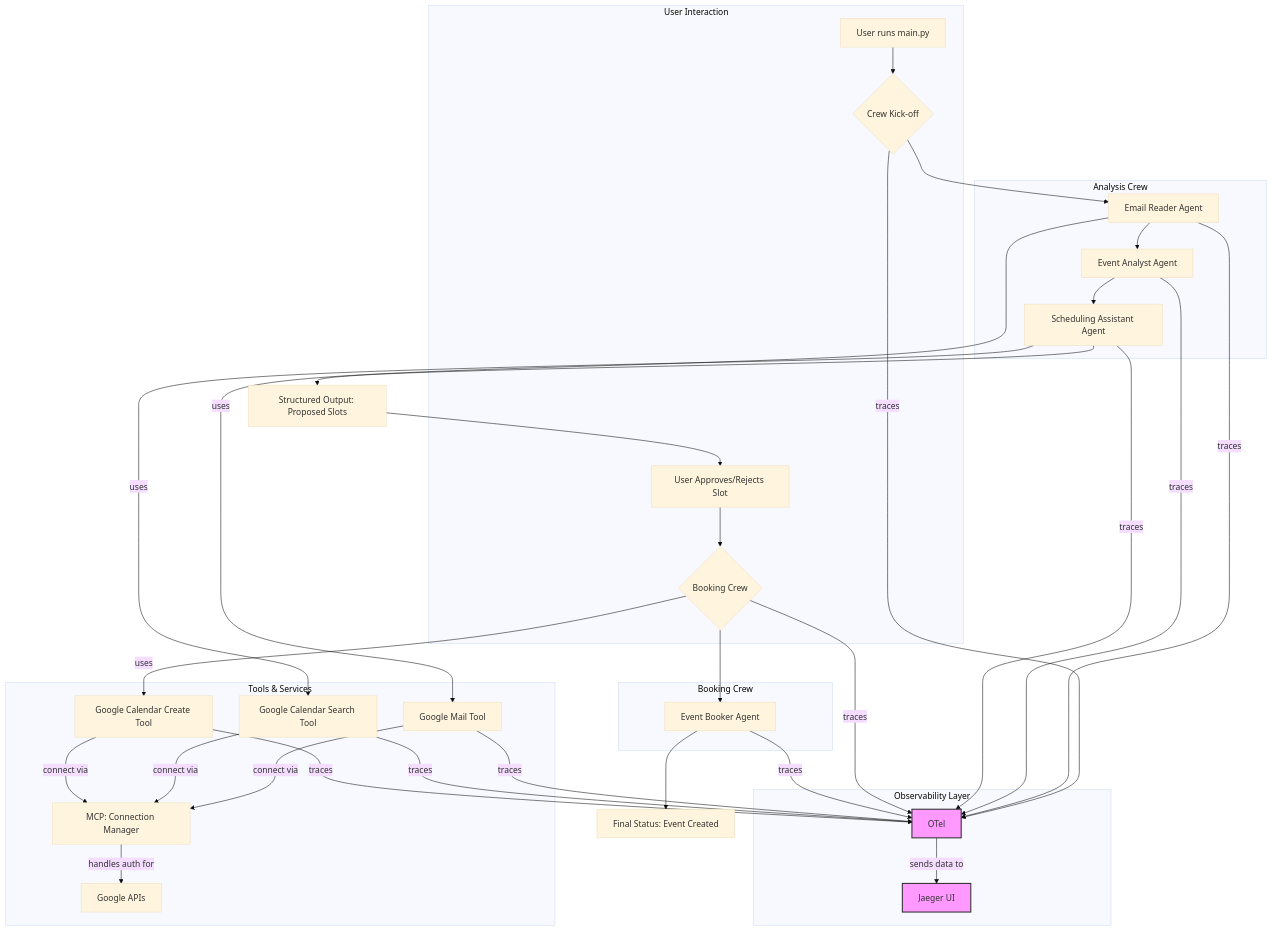
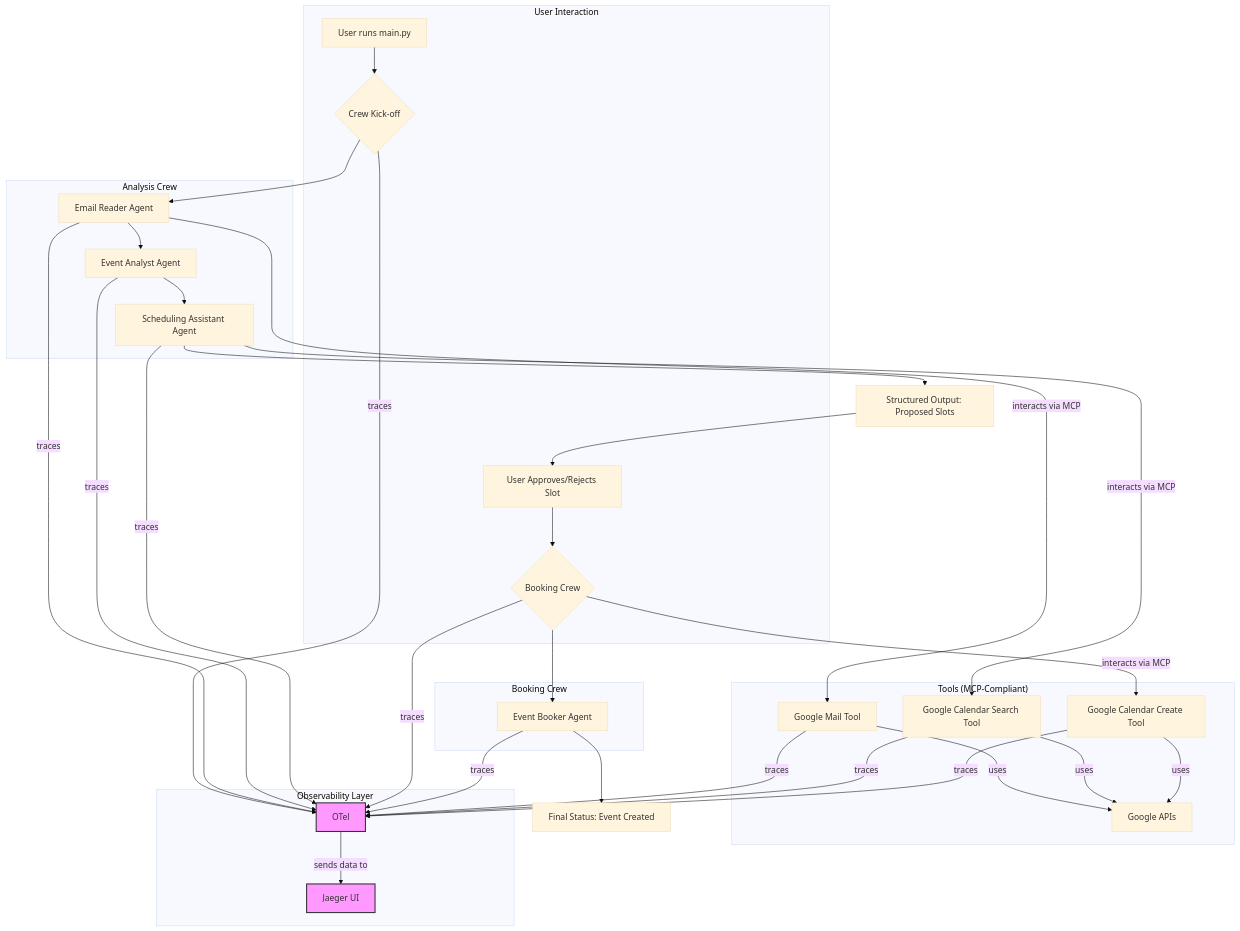
Before and after one commit to korjavin/crewai-observability: the diagram in ARCHITECTURE.md, drawn with Mermaid (base theme). The commit also changed other lines of this file and 2 other files, not shown here.

````diff
--- a/ARCHITECTURE.md
+++ b/ARCHITECTURE.md
@@ -20,45 +20,46 @@
 ```mermaid
 graph TD
     subgraph User Interaction
         A[User runs main.py] --> B{Crew Kick-off};
         G[User Approves/Rejects Slot] --> H{Booking Crew};
     end
 
     subgraph Analysis Crew
         B --> C[Email Reader Agent];
         C --> D[Event Analyst Agent];
         D --> E[Scheduling Assistant Agent];
     end
 
-    subgraph Tools & Services
-        C -- uses --> T1[Google Mail Tool];
-        E -- uses --> T2[Google Calendar Search Tool];
-        H -- uses --> T3[Google Calendar Create Tool];
-        T1 & T2 & T3 -- connect via --> MCP[MCP: Connection Manager];
-        MCP -- handles auth for --> GAPI[Google APIs];
+    subgraph "Tools (MCP-Compliant)"
+        C -- "interacts via MCP" --> T1[Google Mail Tool];
+        E -- "interacts via MCP" --> T2[Google Calendar Search Tool];
+        H -- "interacts via MCP" --> T3[Google Calendar Create Tool];
+        T1 -- uses --> GAPI[Google APIs];
+        T2 -- uses --> GAPI;
+        T3 -- uses --> GAPI;
     end
 
     subgraph Booking Crew
         H --> I[Event Booker Agent];
     end
 
     subgraph Observability Layer
         B -- traces --> OTel;
         C -- traces --> OTel;
         D -- traces --> OTel;
         E -- traces --> OTel;
         H -- traces --> OTel;
         I -- traces --> OTel;
         T1 -- traces --> OTel;
         T2 -- traces --> OTel;
         T3 -- traces --> OTel;
         OTel -- sends data to --> Jaeger[Jaeger UI];
     end
 
     E --> F[Structured Output: Proposed Slots];
     F --> G;
     I --> J[Final Status: Event Created];
 
     style OTel fill:#f9f,stroke:#333,stroke-width:2px
     style Jaeger fill:#f9f,stroke:#333,stroke-width:2px
 ```
````
